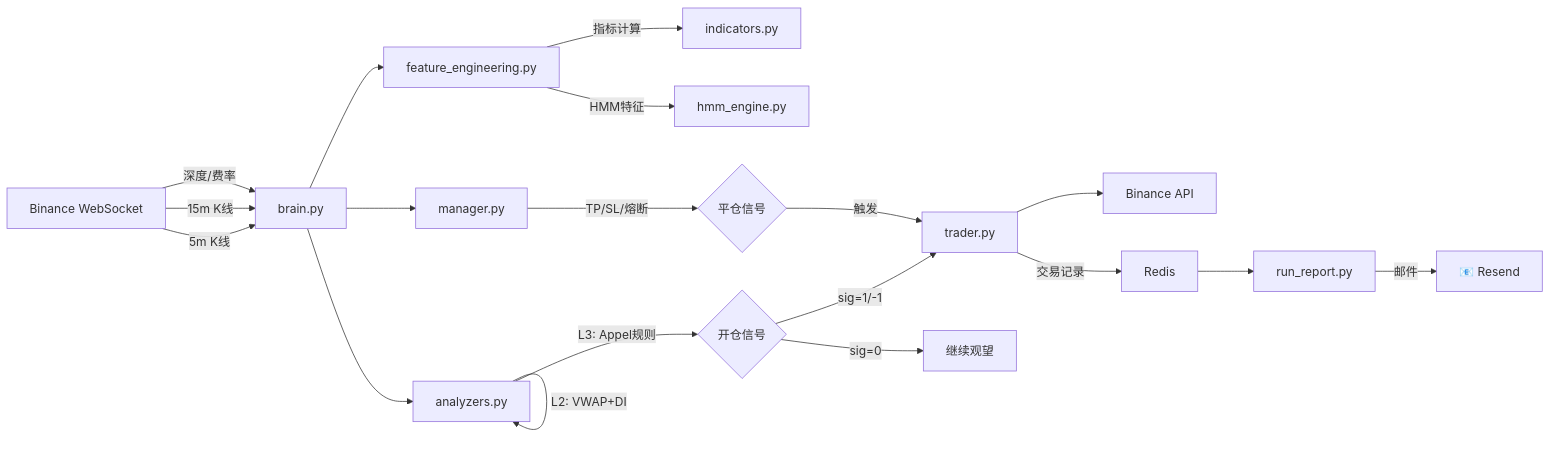
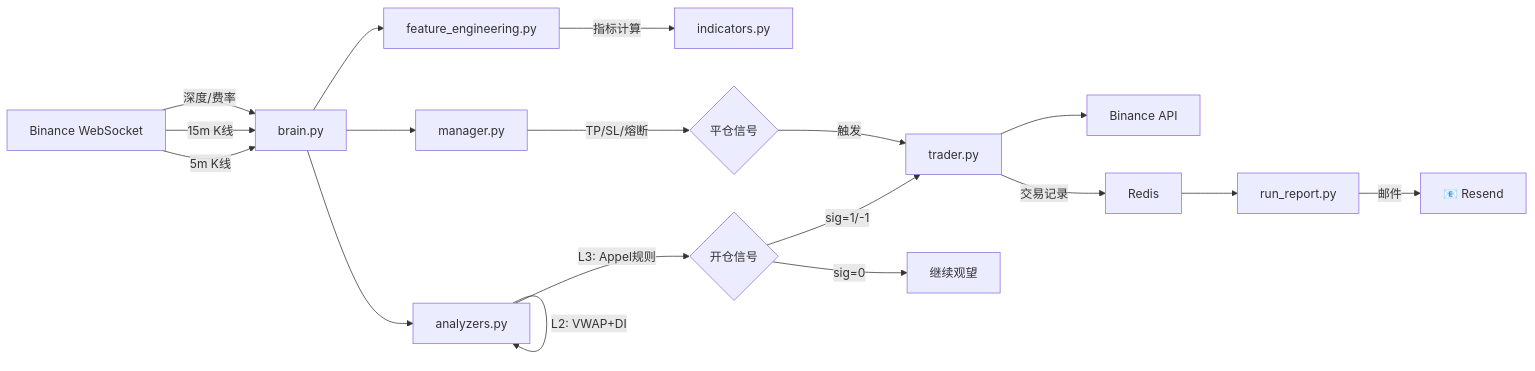
One commit to ChivaLryCieux/quidem changed the diagram in README.md. Above: the diagram before and after it, drawn with Mermaid. The commit also changed other lines of this file and 4 other files, not shown here.

````diff
--- a/README.md
+++ b/README.md
@@ -206,22 +198,21 @@
 ```mermaid
 graph LR
     A[Binance WebSocket] -->|5m K线| B[brain.py]
     A -->|15m K线| B
     A -->|深度/费率| B
     B --> C[feature_engineering.py]
     C -->|指标计算| D[indicators.py]
-    C -->|HMM特征| E[hmm_engine.py]
     B --> F[analyzers.py]
     F -->|L1: ADX过滤| F
     F -->|L2: VWAP+DI| F
     F -->|L3: Appel规则| G{开仓信号}
     G -->|sig=1/-1| H[trader.py]
     G -->|sig=0| I[继续观望]
     H --> J[Binance API]
     B --> K[manager.py]
     K -->|TP/SL/熔断| L{平仓信号}
     L -->|触发| H
     H -->|交易记录| M[Redis]
     M --> N[run_report.py]
     N -->|邮件| O[📧 Resend]
 ```
````
